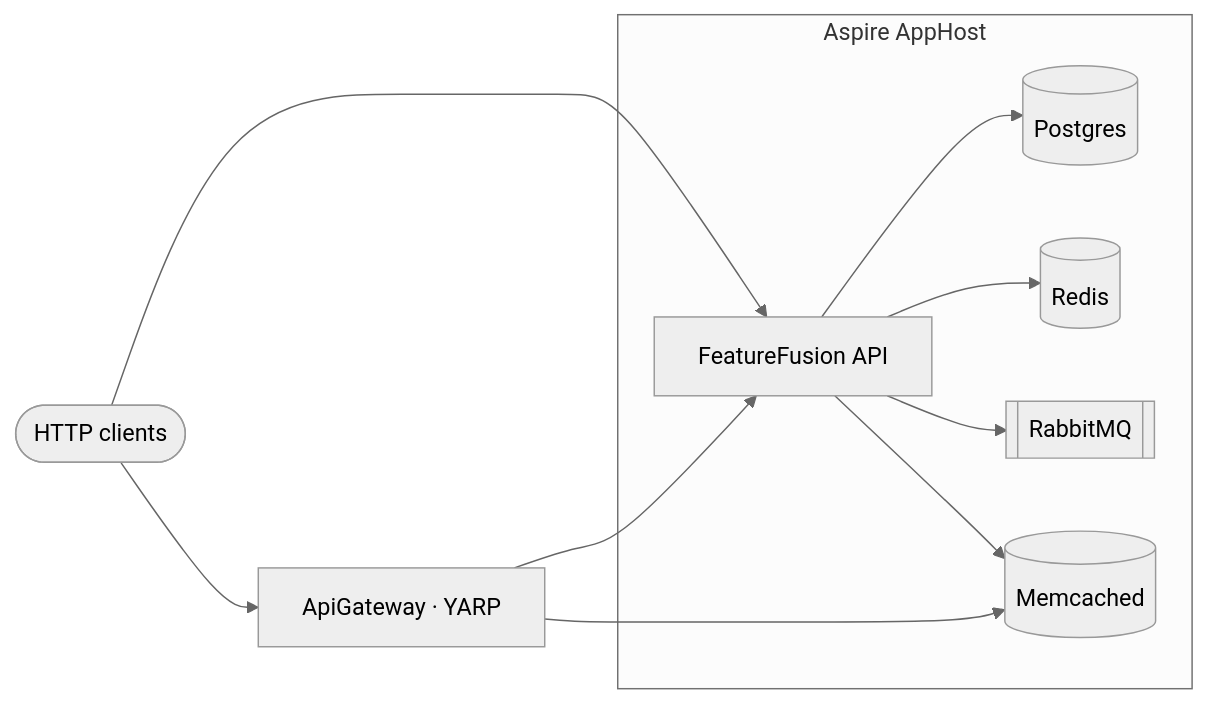
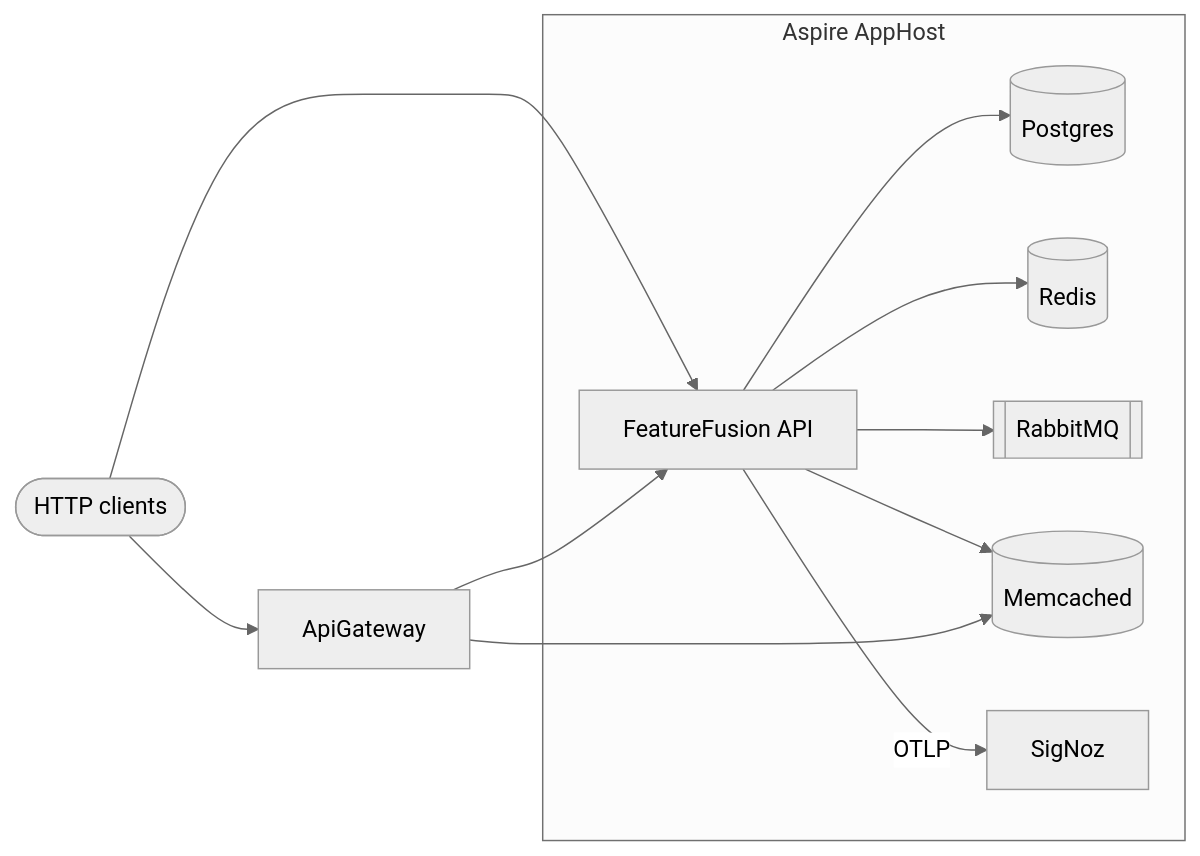
Before and after one commit to Maxofpower/FeatureFusion: the second of 2 diagrams in README.md, drawn with Mermaid (neutral theme). The commit also changed other lines of this file and 42 other files, not shown here.

````diff
--- a/README.md
+++ b/README.md
@@ -65,18 +250,20 @@
 ```mermaid
 flowchart LR
   Client([HTTP clients]) --> FF[FeatureFusion API]
-  Client --> GW[ApiGateway · YARP]
+  Client --> GW[ApiGateway]
   GW --> FF
-  subgraph Aspire AppHost
+  subgraph aspireHost [Aspire AppHost]
     FF
     PG[(Postgres)]
     RD[(Redis)]
     RMQ[[RabbitMQ]]
     MC[(Memcached)]
+    SZ[SigNoz]
   end
   FF --> PG
   FF --> RD
   FF --> RMQ
   FF --> MC
+  FF -->|"OTLP"| SZ
   GW --> MC
 ```
````
